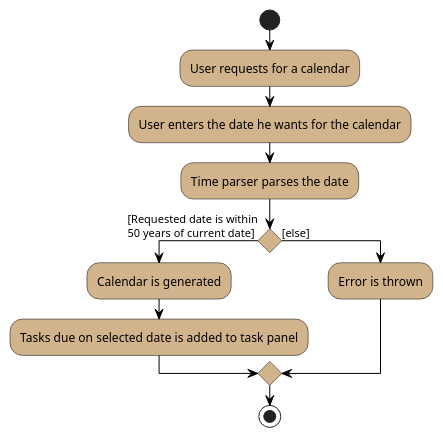
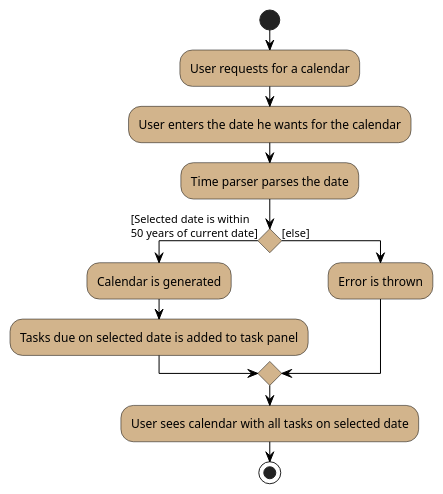
The diagram in docs/diagrams/CalendarActivityDiagram.puml (wyt-sonia/main), drawn with PlantUML before and after one commit. The commit also changed 2 other files, not shown here.

```diff
--- a/docs/diagrams/CalendarActivityDiagram.puml
+++ b/docs/diagrams/CalendarActivityDiagram.puml
@@ -1,26 +1,28 @@
 @startuml
 start
 skinparam ActivityBackgroundColor #tan
 skinparam ActivityBorderColor #black
 skinparam activityDiamondBorderColor #black
 skinparam activityDiamondBackgroundColor #tan
 skinparam arrowColor #black
 
 :User requests for a calendar;
 
 label lab1
 :User enters the date he wants for the calendar;
 
 
 :Time parser parses the date;
 
-if () then ([Requested date is within
+if () then ([Selected date is within
 50 years of current date])
 
 :Calendar is generated;
 :Tasks due on selected date is added to task panel;
 else ([else])
 :Error is thrown;
 endif
+
+:User sees calendar with all tasks on selected date;
 stop
 @enduml
```
